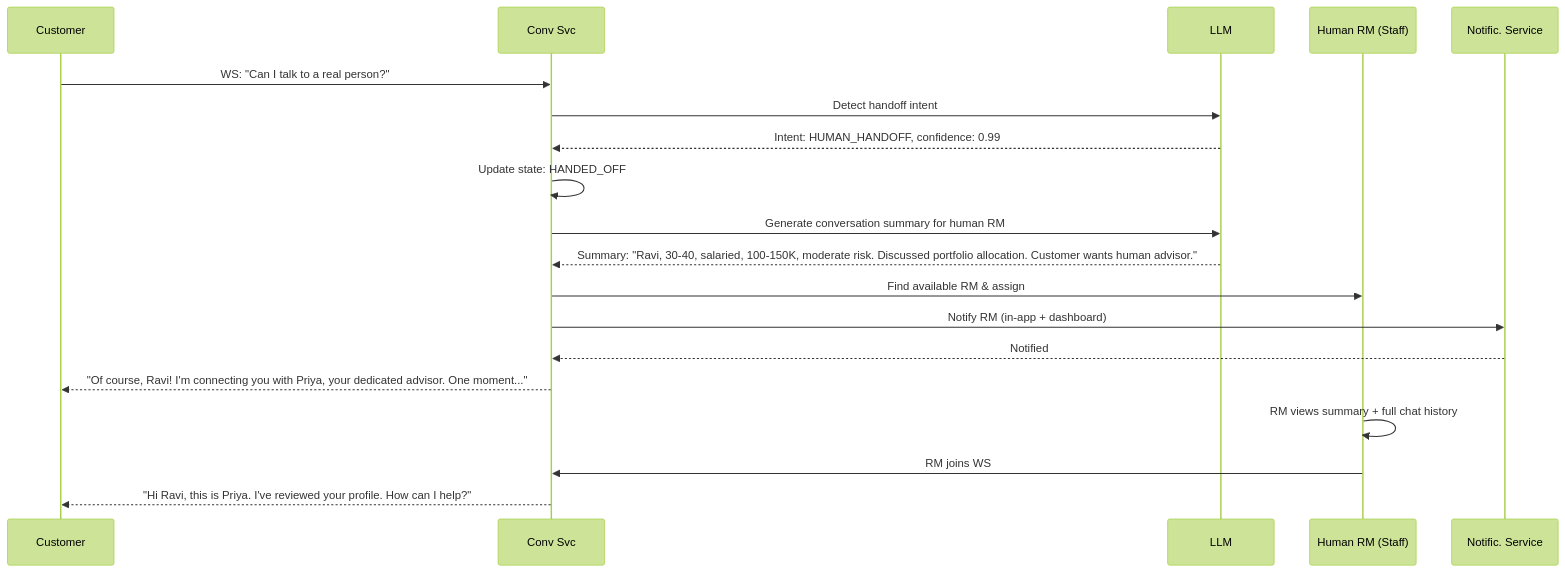
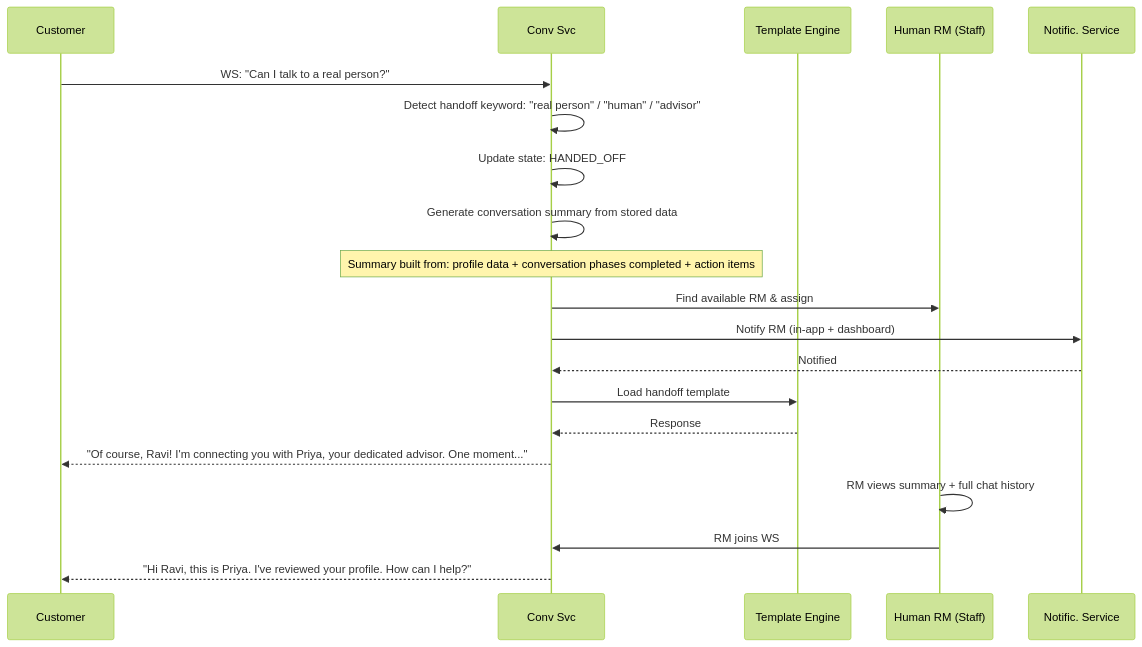
Before and after one commit to Cognition-Partner-Workshops/uc-framework-upgrade-monolith-to-microservices: diagram 12 of 20 in docs/design/05-sequence-diagrams.md, drawn with Mermaid (forest theme). The commit also changed other lines of this file and 4 other files, not shown here.

````diff
--- a/docs/design/05-sequence-diagrams.md
+++ b/docs/design/05-sequence-diagrams.md
@@ -389,22 +384,23 @@
 ```mermaid
 sequenceDiagram
     participant C as Customer
     participant CS as Conv Svc
-    participant LLM as LLM
+    participant TE as Template Engine
     participant RM as Human RM (Staff)
     participant NS as Notific. Service
 
     C->>CS: WS: "Can I talk to a real person?"
-    CS->>LLM: Detect handoff intent
-    LLM-->>CS: Intent: HUMAN_HANDOFF, confidence: 0.99
+    CS->>CS: Detect handoff keyword: "real person" / "human" / "advisor"
     CS->>CS: Update state: HANDED_OFF
-    CS->>LLM: Generate conversation summary for human RM
-    LLM-->>CS: Summary: "Ravi, 30-40, salaried, 100-150K, moderate risk. Discussed portfolio allocation. Customer wants human advisor."
+    CS->>CS: Generate conversation summary from stored data
+    Note over CS: Summary built from: profile data + conversation phases completed + action items
     CS->>RM: Find available RM & assign
     CS->>NS: Notify RM (in-app + dashboard)
     NS-->>CS: Notified
+    CS->>TE: Load handoff template
+    TE-->>CS: Response
     CS-->>C: "Of course, Ravi! I'm connecting you with Priya, your dedicated advisor. One moment..."
     RM->>RM: RM views summary + full chat history
     RM->>CS: RM joins WS
     CS-->>C: "Hi Ravi, this is Priya. I've reviewed your profile. How can I help?"
 ```
````
